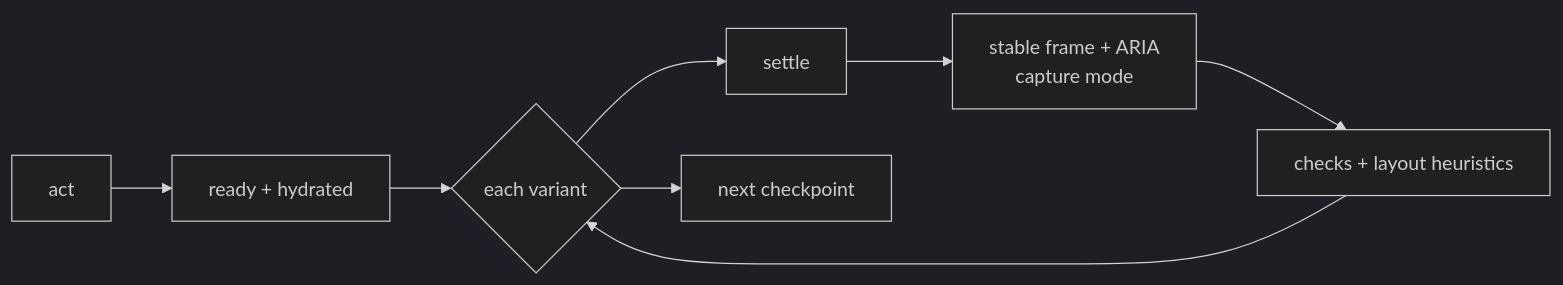
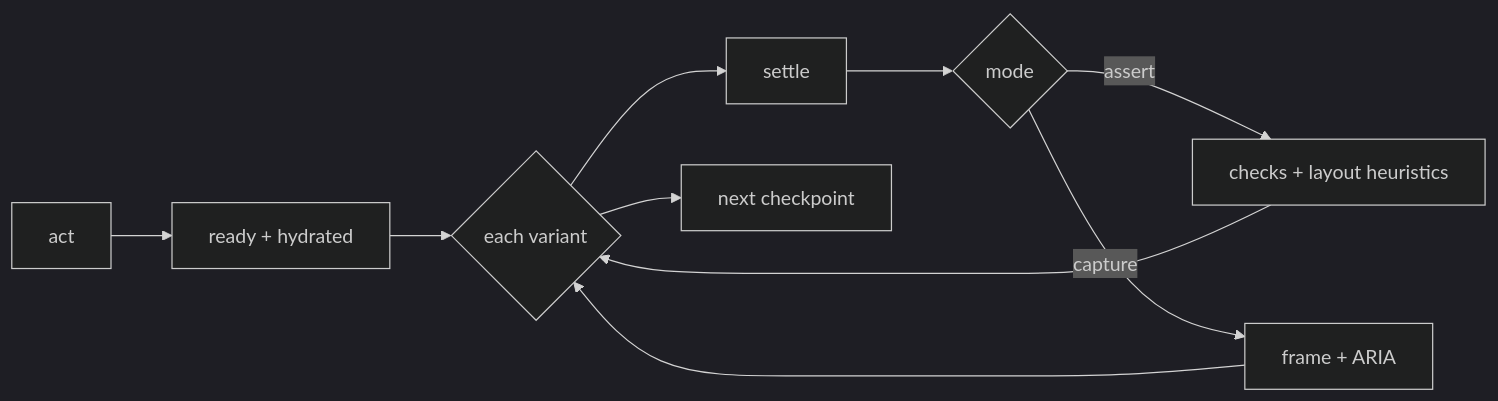
The diagram in packages/testkit/README.md (kbukum/plainworks), drawn with Mermaid (dark theme) before and after one commit. The commit also changed other lines of this file and 770 other files, not shown here.

Commit message:
feat(testkit): flows-only browser gate with ui:capture and docs images (#63)

````diff
--- a/packages/testkit/README.md
+++ b/packages/testkit/README.md
@@ -136,7 +135,10 @@
 ```mermaid
 flowchart LR
   A[act] --> R[ready + hydrated] --> V{each variant}
-  V --> S[settle] --> F[stable frame + ARIA<br/>capture mode] --> C[checks + layout heuristics]
+  V --> S[settle] --> M{mode}
+  M -->|assert| C[checks + layout heuristics]
+  M -->|capture| F[frame + ARIA]
   C --> V
+  F --> V
   V --> N[next checkpoint]
 ```
````
